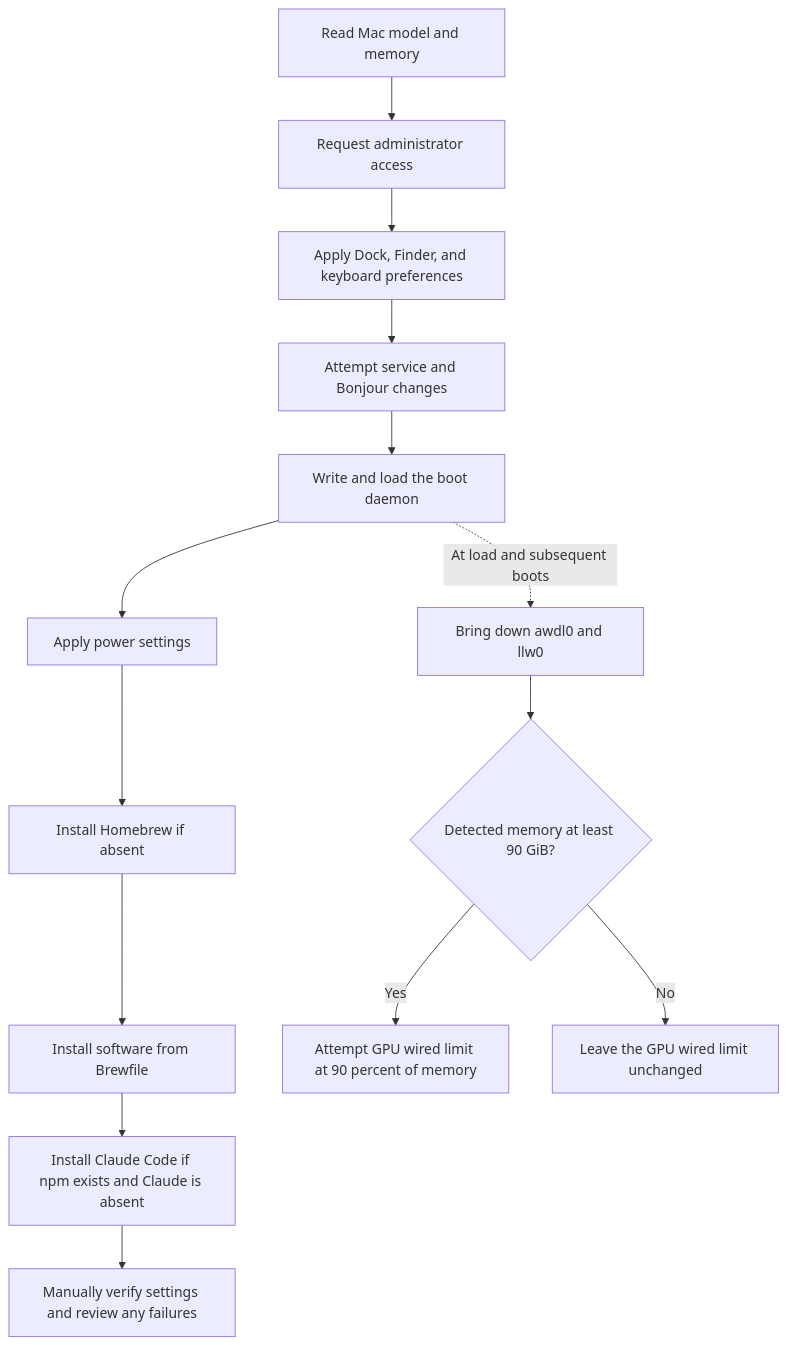
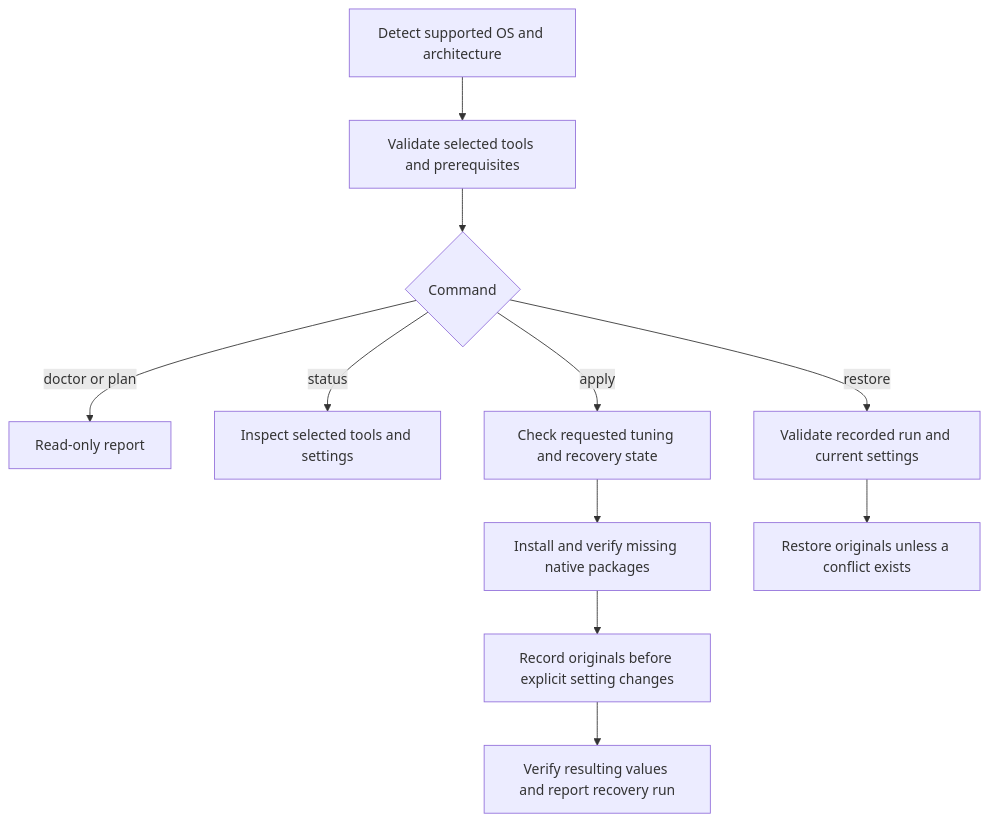
The diagram in README.md (rod97-1/macos-unleash), drawn with Mermaid before and after one commit. The commit also changed other lines of this file and 7 other files, not shown here.

Commit message:
Document Linux-first setup, tool support, tuning, and recovery

````diff
--- a/README.md
+++ b/README.md
@@ -103,16 +95,13 @@
 ```mermaid
 flowchart TD
-    A[Read Mac model and memory] --> B[Request administrator access]
-    B --> C[Apply Dock, Finder, and keyboard preferences]
-    C --> D[Attempt service and Bonjour changes]
-    D --> E[Write and load the boot daemon]
-    E --> F[Apply power settings]
-    F --> G[Install Homebrew if absent]
-    G --> H[Install software from Brewfile]
-    H --> I[Install Claude Code if npm exists and Claude is absent]
-    I --> J[Manually verify settings and review any failures]
-    E -. At load and subsequent boots .-> K[Bring down awdl0 and llw0]
-    K --> L{Detected memory at least 90 GiB?}
-    L -->|Yes| M[Attempt GPU wired limit at 90 percent of memory]
-    L -->|No| N[Leave the GPU wired limit unchanged]
+    A[Detect supported OS and architecture] --> B[Validate selected tools and prerequisites]
+    B --> C{Command}
+    C -->|doctor or plan| D[Read-only report]
+    C -->|status| E[Inspect selected tools and settings]
+    C -->|apply| F[Check requested tuning and recovery state]
+    F --> G[Install and verify missing native packages]
+    G --> H[Record originals before explicit setting changes]
+    H --> I[Verify resulting values and report recovery run]
+    C -->|restore| J[Validate recorded run and current settings]
+    J --> K[Restore originals unless a conflict exists]
 ```
````
